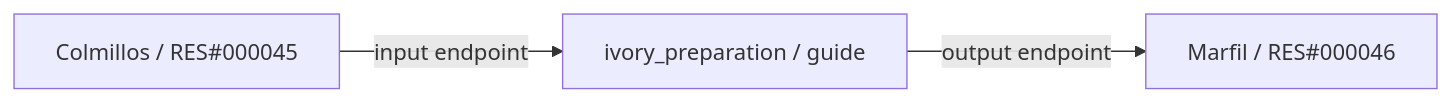
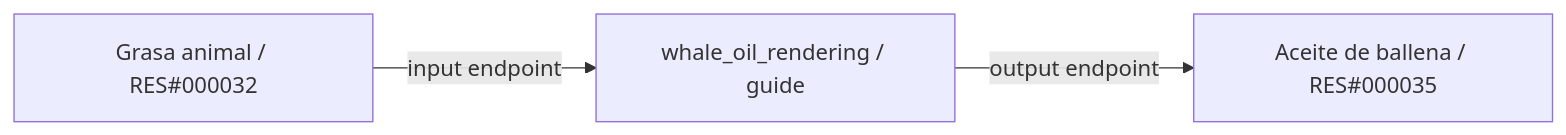
Diagram 37 of 37 in data/resources/DIAGRAMS.es.md (fgabo404/EvolveDoc), drawn with Mermaid before and after one commit. The commit also changed other lines of this file and 44 other files, not shown here.

````diff
--- a/data/resources/DIAGRAMS.es.md
+++ b/data/resources/DIAGRAMS.es.md
@@ -824,8 +850,8 @@
 ```mermaid
 flowchart LR
-    p0["ivory_preparation / guide"]
-    r0["Colmillos / RES#000045"]
+    p0["whale_oil_rendering / guide"]
+    r0["Grasa animal / RES#000032"]
     r0 -->|input endpoint| p0
-    r1["Marfil / RES#000046"]
+    r1["Aceite de ballena / RES#000035"]
     p0 -->|output endpoint| r1
 ```
````
